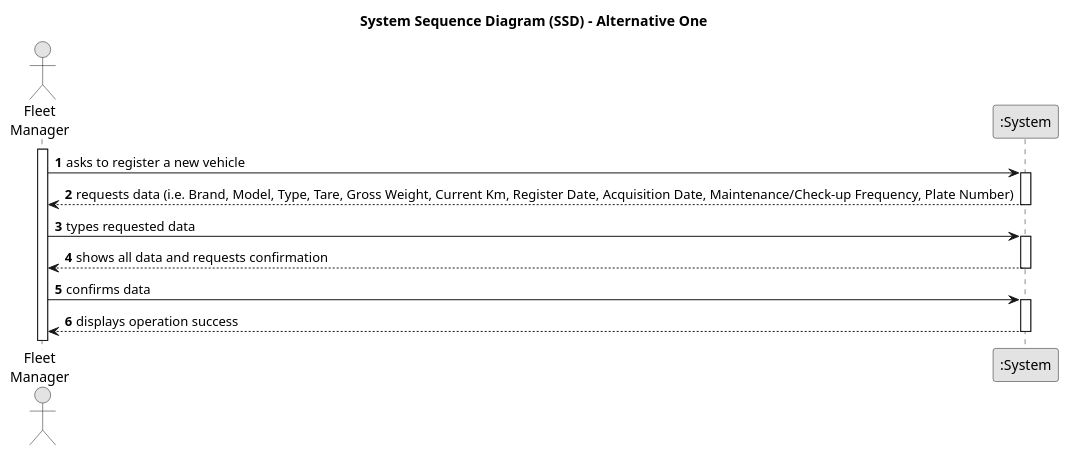
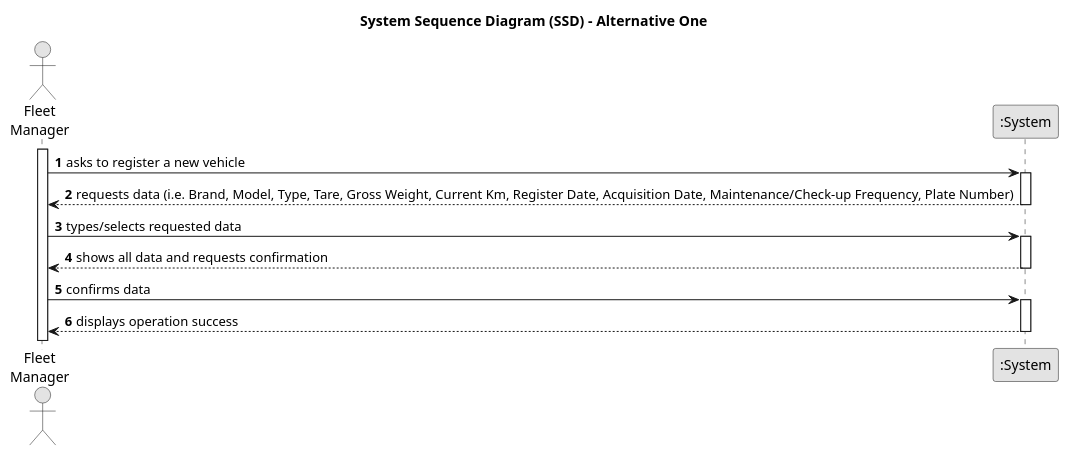
One commit to daniel41silva05/ISEP_2023_2024_LAPR2 changed the diagram in docs/sprintA/us006/01.requirements-engineering/puml/us006-system-sequence-diagram-alternative-one.puml. Above: the diagram before and after it, drawn with PlantUML. The commit also changed 7 other files, not shown here.

```diff
--- a/docs/sprintA/us006/01.requirements-engineering/puml/us006-system-sequence-diagram-alternative-one.puml
+++ b/docs/sprintA/us006/01.requirements-engineering/puml/us006-system-sequence-diagram-alternative-one.puml
@@ -1,33 +1,33 @@
 @startuml
 skinparam monochrome true
 skinparam packageStyle rectangle
 skinparam shadowing false
 
 title System Sequence Diagram (SSD) - Alternative One
 
 autonumber
 
 actor "Fleet\nManager" as FM
 participant ":System" as System
 
 activate FM
 
     FM -> System : asks to register a new vehicle
     activate System
 
         System --> FM : requests data (i.e. Brand, Model, Type, Tare, Gross Weight, Current Km, Register Date, Acquisition Date, Maintenance/Check-up Frequency, Plate Number)
     deactivate System
 
-    FM -> System : types requested data
+    FM -> System : types/selects requested data
     activate System
 
         System --> FM : shows all data and requests confirmation
     deactivate System
 
     FM -> System : confirms data
     activate System
 
         System --> FM : displays operation success
     deactivate System
 
 @enduml
```
